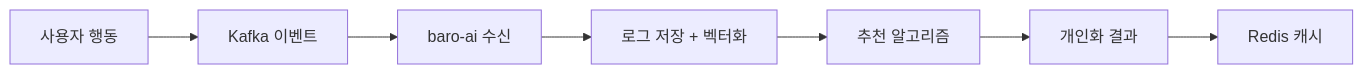
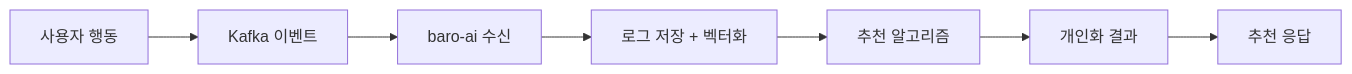
One commit to chhezue/baro-farm changed the diagram in baro-ai/docs/README.md. Above: the diagram before and after it, drawn with Mermaid. The commit also changed other lines of this file and 4 other files, not shown here.

````diff
--- a/baro-ai/docs/README.md
+++ b/baro-ai/docs/README.md
@@ -38,9 +38,9 @@
 ```mermaid
 graph LR
     A[사용자 행동] --> B[Kafka 이벤트]
     B --> C[baro-ai 수신]
     C --> D[로그 저장 + 벡터화]
     D --> E[추천 알고리즘]
     E --> F[개인화 결과]
-    F --> G[Redis 캐시]
+    F --> G[추천 응답]
 ```
````
